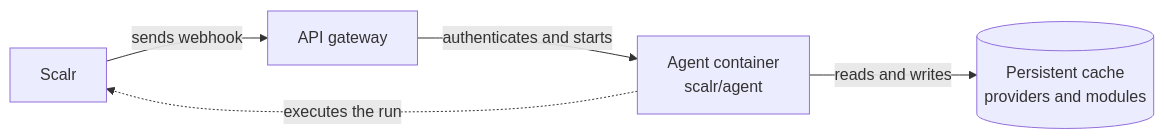
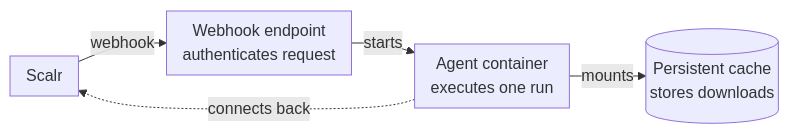
Before and after one commit to Scalr/terraform-scalr-serverless: the diagram in README.md, drawn with Mermaid. The commit also changed other lines of this file and 2 other files, not shown here.

Commit message:
docs: clarify and compact architecture diagrams

````diff
--- a/README.md
+++ b/README.md
@@ -13,9 +13,16 @@
 ```mermaid
+---
+config:
+  flowchart:
+    nodeSpacing: 24
+    rankSpacing: 24
+    padding: 8
+---
 flowchart LR
     accTitle: Serverless agent pool request flow
-    accDescr: Scalr sends a webhook to the API gateway. The gateway authenticates it and starts an agent container. The container reads and writes a persistent cache and reports the run to Scalr.
-    scalr[Scalr] -- "sends webhook" --> gateway[API gateway]
-    gateway -- "authenticates and starts" --> agent[Agent container<br/>scalr/agent]
-    agent -- "reads and writes" --> cache[(Persistent cache<br/>providers and modules)]
-    agent -. "executes the run" .-> scalr
+    accDescr: Scalr sends a webhook to an API gateway. The webhook endpoint authenticates the request and starts a single-run agent container. The agent mounts a persistent provider and module cache and connects back to Scalr to execute the run.
+    scalr[Scalr] -- "webhook" --> gateway[Webhook endpoint<br/>authenticates request]
+    gateway -- "starts" --> agent[Agent container<br/>executes one run]
+    agent -- "mounts" --> cache[(Persistent cache<br/>stores downloads)]
+    agent -. "connects back" .-> scalr
 ```
````
